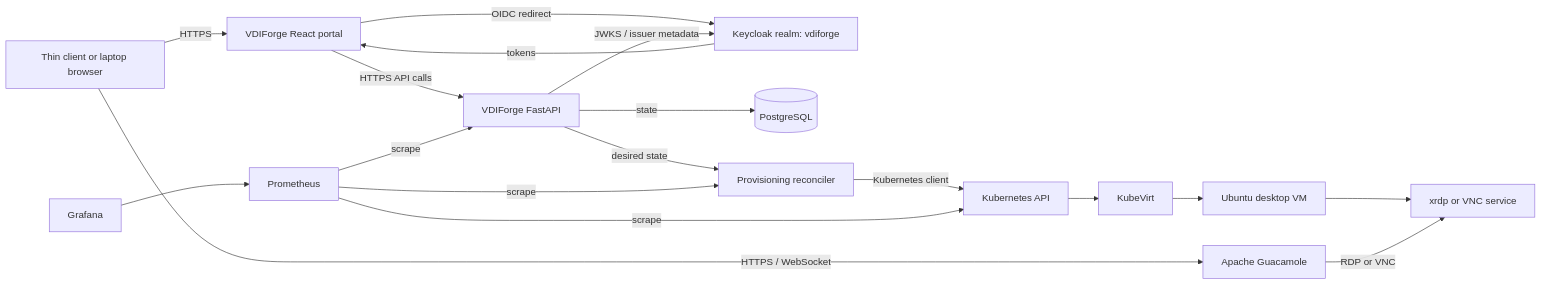
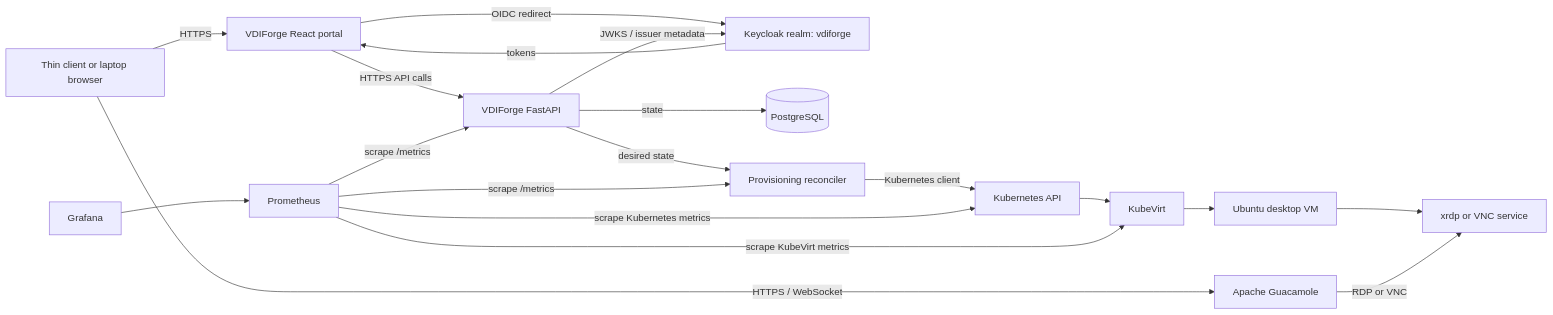
One commit to happelj/VDIForge changed the first of 14 diagrams in docs/ARCHITECTURE.md. Above: the diagram before and after it, drawn with Mermaid. The commit also changed other lines of this file and 56 other files, not shown here.

````diff
--- a/docs/ARCHITECTURE.md
+++ b/docs/ARCHITECTURE.md
@@ -7,34 +7,35 @@
 ```mermaid
 flowchart LR
   User[Thin client or laptop browser]
   Portal[VDIForge React portal]
   API[VDIForge FastAPI]
   Keycloak[Keycloak realm: vdiforge]
   DB[(PostgreSQL)]
   Provisioner[Provisioning reconciler]
   K8s[Kubernetes API]
   KubeVirt[KubeVirt]
   VM[Ubuntu desktop VM]
   XRDP[xrdp or VNC service]
   Guac[Apache Guacamole]
   Prom[Prometheus]
   Grafana[Grafana]
 
   User -->|HTTPS| Portal
   Portal -->|OIDC redirect| Keycloak
   Keycloak -->|tokens| Portal
   Portal -->|HTTPS API calls| API
   API -->|JWKS / issuer metadata| Keycloak
   API -->|state| DB
   API -->|desired state| Provisioner
   Provisioner -->|Kubernetes client| K8s
   K8s --> KubeVirt
   KubeVirt --> VM
   VM --> XRDP
   Guac -->|RDP or VNC| XRDP
   User -->|HTTPS / WebSocket| Guac
-  Prom -->|scrape| API
-  Prom -->|scrape| Provisioner
-  Prom -->|scrape| K8s
+  Prom -->|scrape /metrics| API
+  Prom -->|scrape /metrics| Provisioner
+  Prom -->|scrape Kubernetes metrics| K8s
+  Prom -->|scrape KubeVirt metrics| KubeVirt
   Grafana --> Prom
 ```
````
